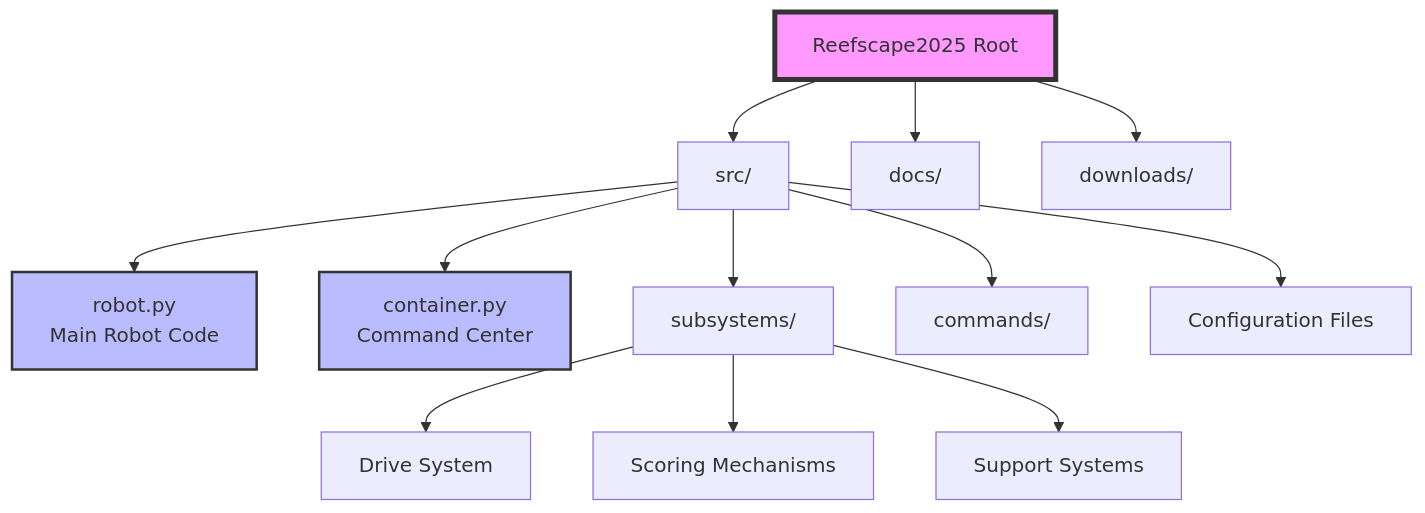
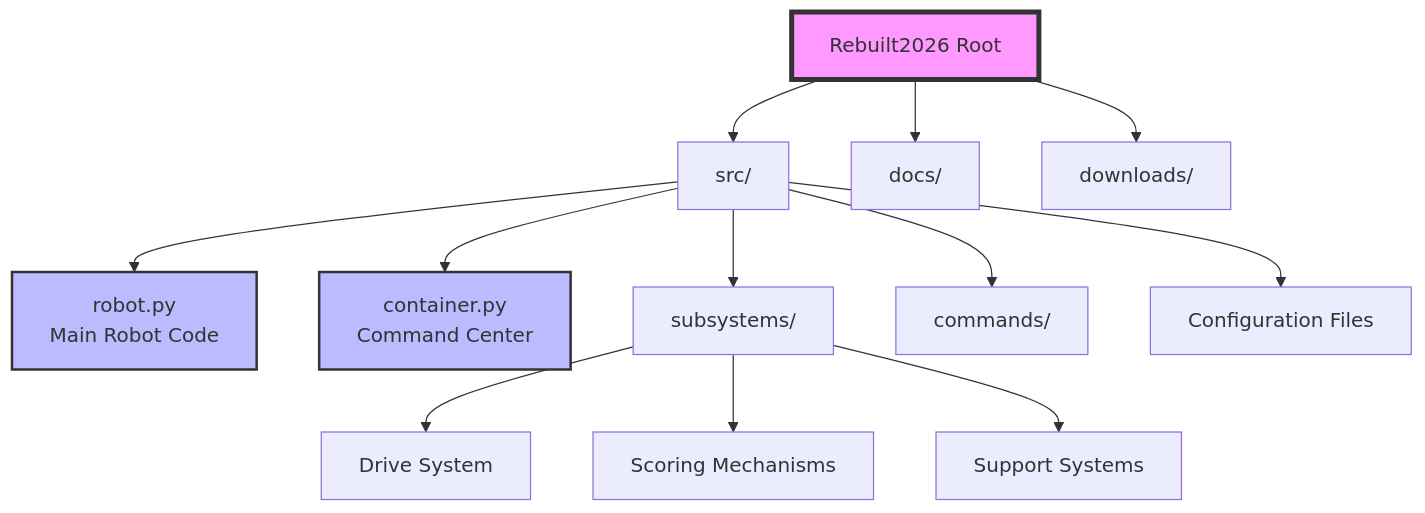
Before and after one commit to 3164-Stealth-Tigers/Rebuilt2026: the first of 14 diagrams in docs/code_overview.md, drawn with Mermaid. The commit also changed other lines of this file and 6 other files, not shown here.

````diff
--- a/docs/code_overview.md
+++ b/docs/code_overview.md
@@ -9,20 +9,20 @@
 ```mermaid
 graph TD
-    A[Reefscape2025 Root] --> B[src/]
+    A[Rebuilt2026 Root] --> B[src/]
     A --> C[docs/]
     A --> D[downloads/]
     
     B --> E[robot.py<br/>Main Robot Code]
     B --> F[container.py<br/>Command Center]
     B --> G[subsystems/]
     B --> H[commands/]
     B --> I[Configuration Files]
     
     G --> J[Drive System]
     G --> K[Scoring Mechanisms]
     G --> L[Support Systems]
     
     style A fill:#f9f,stroke:#333,stroke-width:4px
     style E fill:#bbf,stroke:#333,stroke-width:2px
     style F fill:#bbf,stroke:#333,stroke-width:2px
 ```
````
